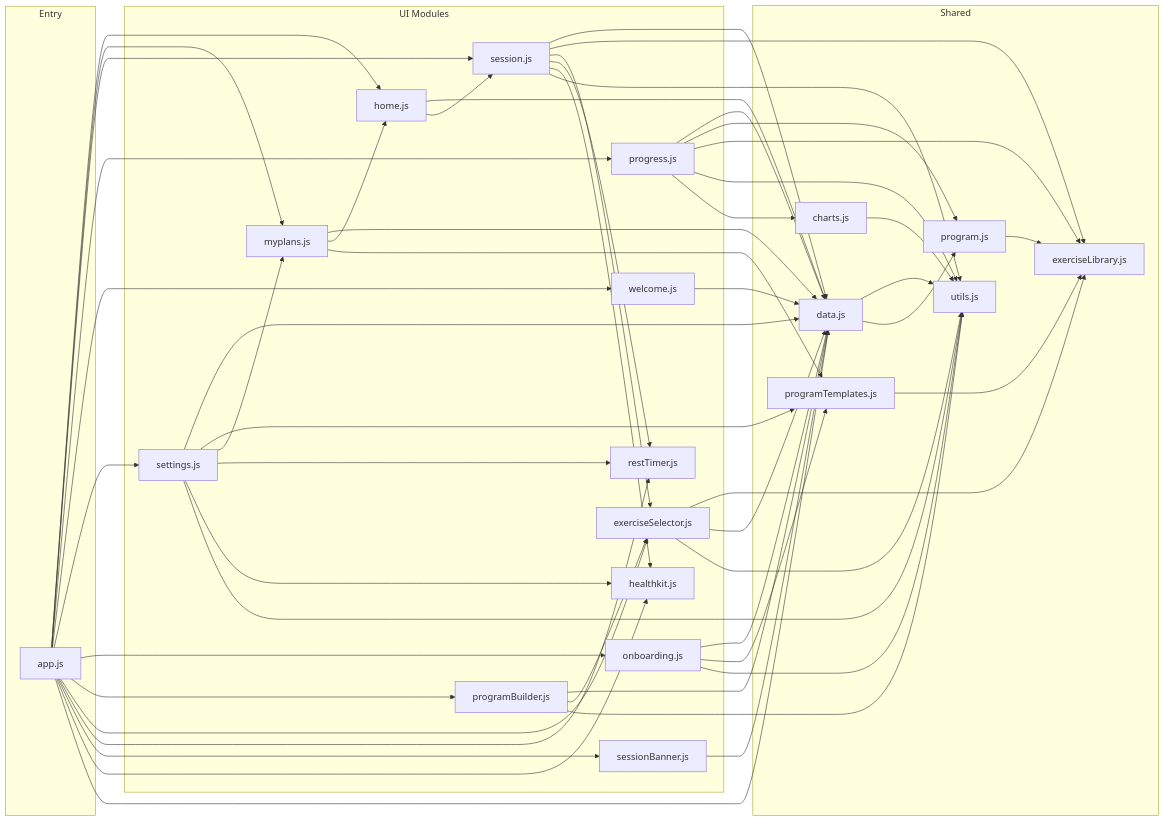
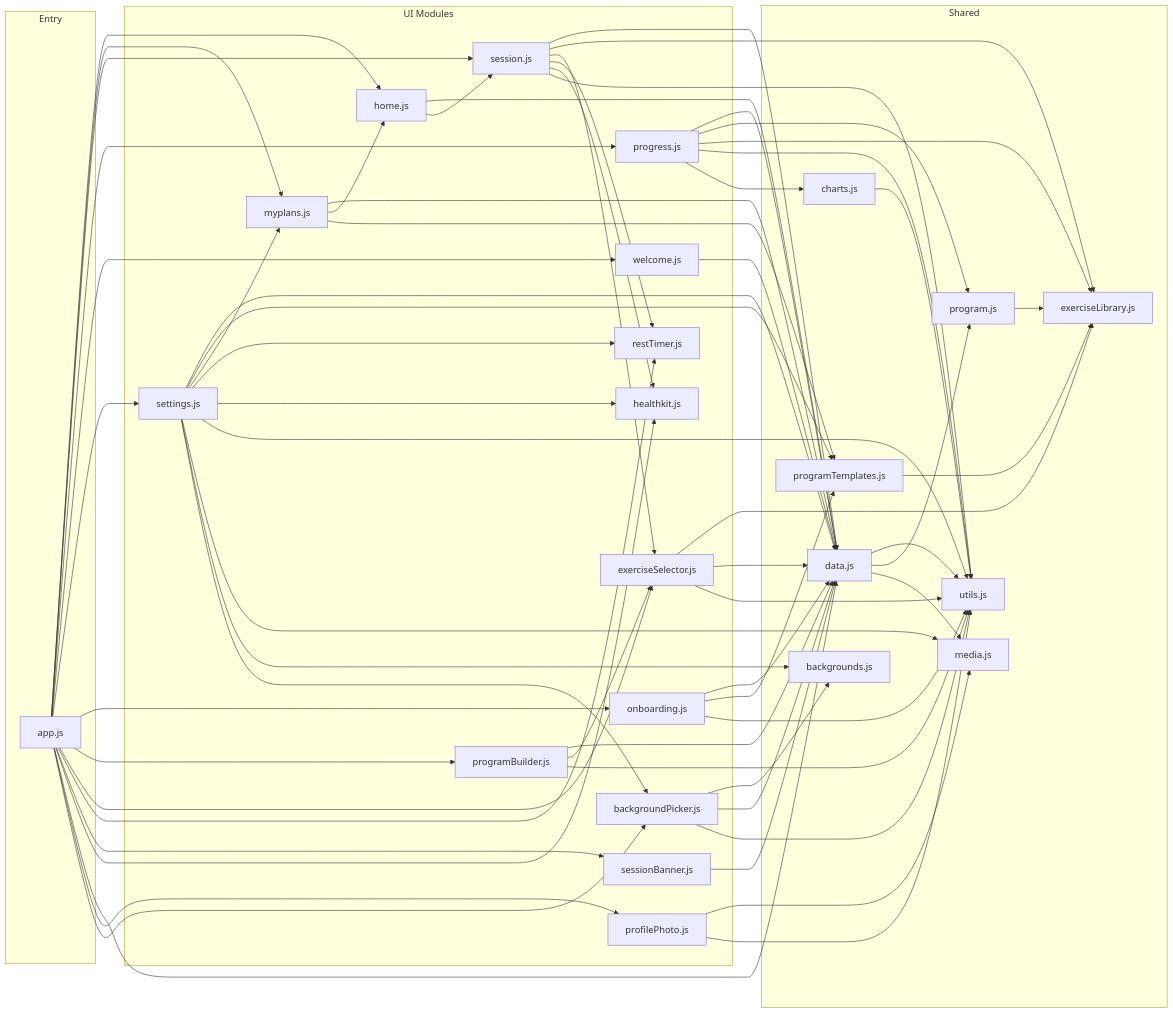
Before and after one commit to reidrussell-alt/plate-log: the second of 8 diagrams in ARCHITECTURE.md, drawn with Mermaid. The commit also changed other lines of this file and 94 other files, not shown here.

First line of the commit message:
Profile header: cover, centred profile photo, background library

```diff
--- a/ARCHITECTURE.md
+++ b/ARCHITECTURE.md
@@ -105,6 +108,8 @@
         restTimer.js
         sessionBanner.js
         healthkit.js
+        profilePhoto.js
+        backgroundPicker.js
     end
 
     subgraph Shared
@@ -114,6 +119,8 @@
         charts.js
         exerciseLibrary.js
         programTemplates.js
+        media.js
+        backgrounds.js
     end
 
     app.js --> home.js
@@ -129,6 +136,8 @@
     app.js --> sessionBanner.js
     app.js --> healthkit.js
     app.js --> data.js
+    app.js --> profilePhoto.js
+    app.js --> backgroundPicker.js
 
     home.js --> data.js
     home.js --> session.js
@@ -160,6 +169,16 @@
     settings.js --> restTimer.js
     settings.js --> healthkit.js
     settings.js --> utils.js
+    settings.js --> media.js
+    settings.js --> backgrounds.js
+    settings.js --> backgroundPicker.js
+
+    backgroundPicker.js --> backgrounds.js
+    backgroundPicker.js --> data.js
+    backgroundPicker.js --> utils.js
+
+    profilePhoto.js --> media.js
+    profilePhoto.js --> utils.js
 
     onboarding.js --> data.js
     onboarding.js --> programTemplates.js
@@ -174,6 +193,7 @@
 
     data.js --> utils.js
     data.js --> program.js
+    data.js --> media.js
     program.js --> exerciseLibrary.js
     programTemplates.js --> exerciseLibrary.js
     charts.js --> utils.js
```
